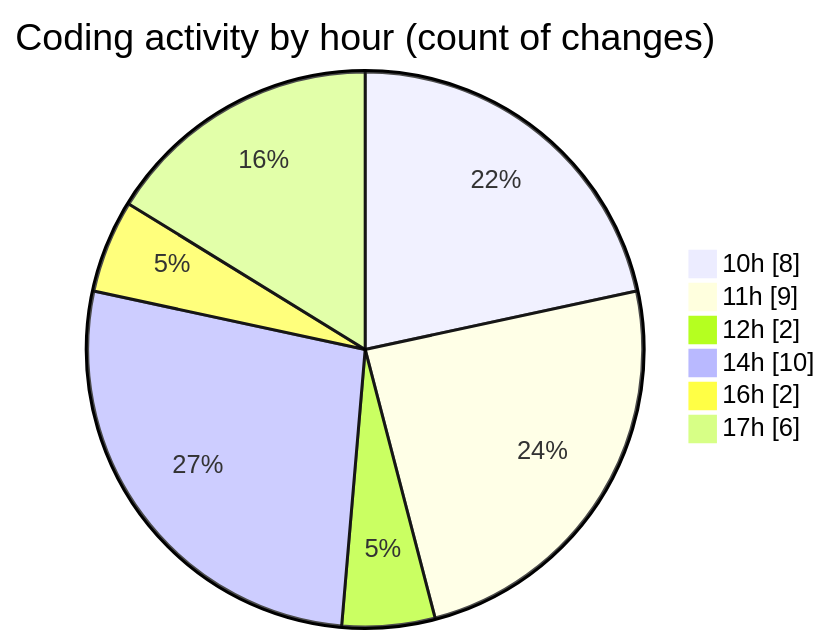
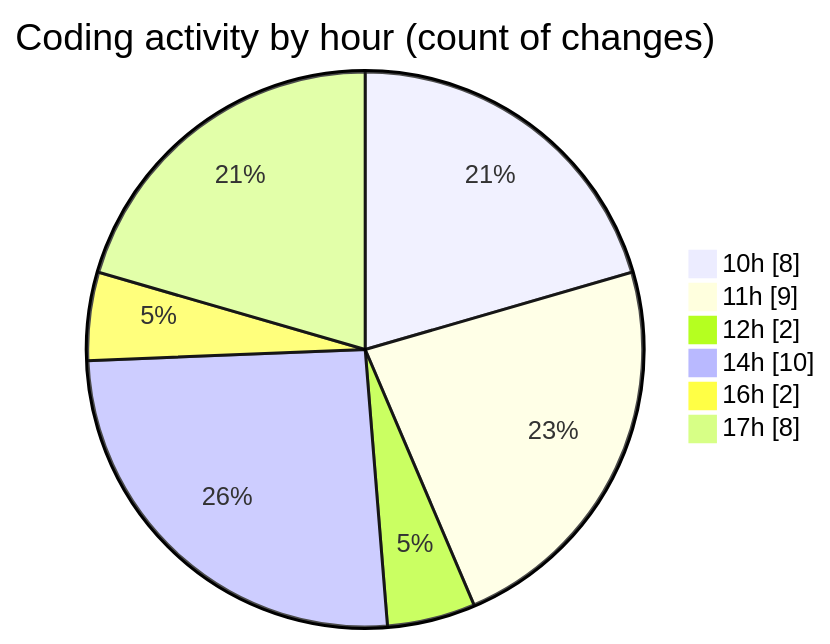
Before and after one commit to igalym/code-tracking: the second of 2 diagrams in 2025-12-30/budget_front_nest/README.md, drawn with Mermaid. The commit also changed other lines of this file and 1 other file, not shown here.

````diff
--- a/2025-12-30/budget_front_nest/README.md
+++ b/2025-12-30/budget_front_nest/README.md
@@ -44,10 +44,10 @@
 ```mermaid
 pie showData
 title Coding activity by hour (count of changes)
 "10h" : 8
 "11h" : 9
 "12h" : 2
 "14h" : 10
 "16h" : 2
-"17h" : 6
+"17h" : 8
 ```
````
